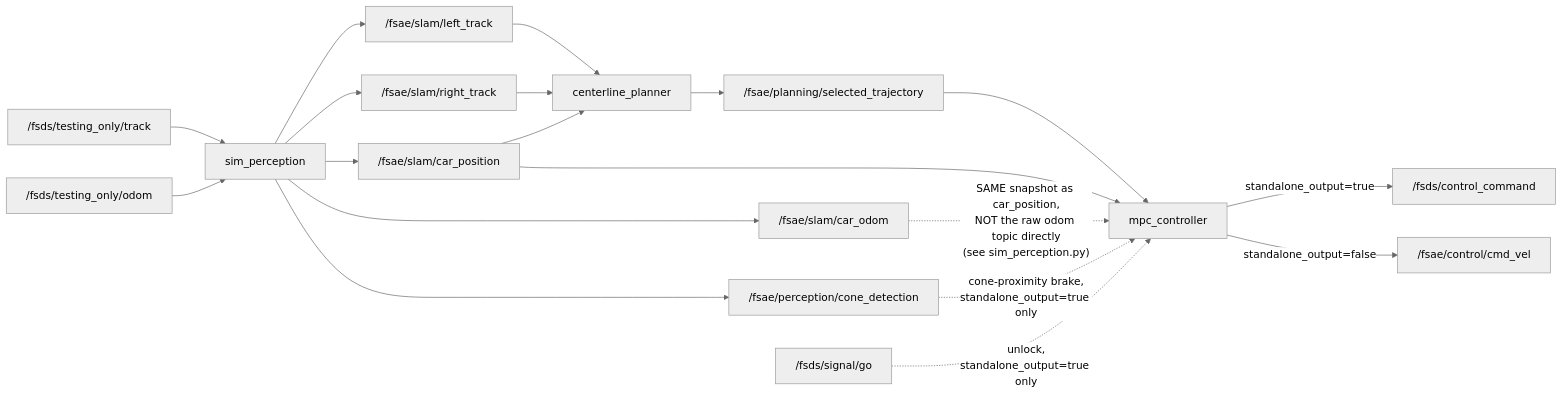
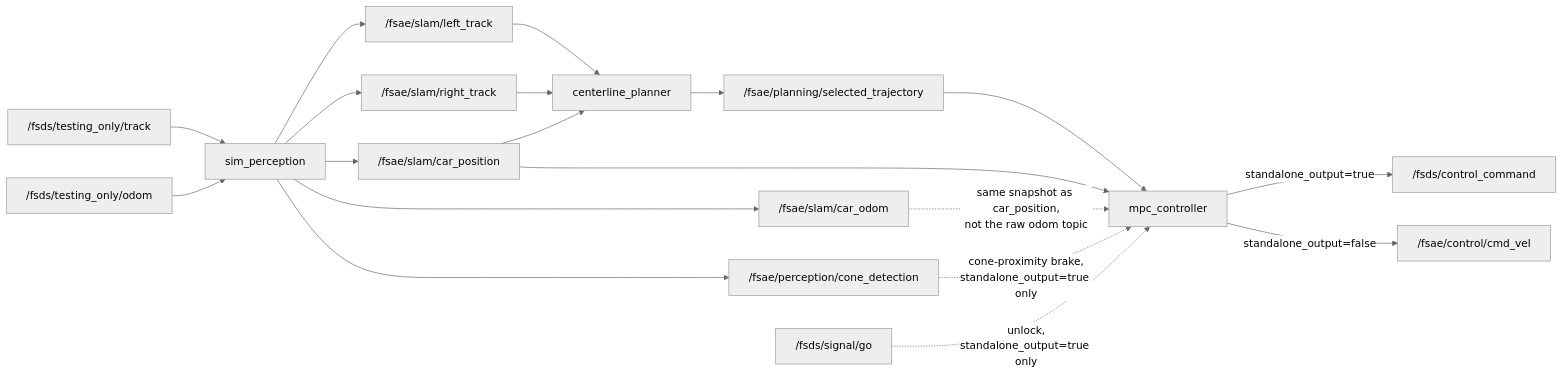
Before and after one commit to Martin-Jin/fsae_MPCTest: the diagram in docs/fsds/integration_guide.md, drawn with Mermaid (neutral theme). The commit also changed other lines of this file and 30 other files, not shown here.

````diff
--- a/docs/fsds/integration_guide.md
+++ b/docs/fsds/integration_guide.md
@@ -50,24 +53,24 @@
 ```mermaid
 flowchart LR
     T1["/fsds/testing_only/track"] --> PERC["sim_perception"]
     O1["/fsds/testing_only/odom"] --> PERC
     PERC --> LT["/fsae/slam/left_track"]
     PERC --> RT["/fsae/slam/right_track"]
     PERC --> CD["/fsae/perception/cone_detection"]
     PERC --> CO["/fsae/slam/car_odom"]
     PERC --> CP["/fsae/slam/car_position"]
 
     LT --> PLAN["centerline_planner"]
     RT --> PLAN
     CP --> PLAN
     PLAN --> TRAJ["/fsae/planning/selected_trajectory"]
 
     TRAJ --> MPC["mpc_controller"]
     CP --> MPC
-    CO -.->|"SAME snapshot as car_position,<br/>NOT the raw odom topic directly<br/>(see sim_perception.py)"| MPC
+    CO -.->|"same snapshot as car_position,<br/>not the raw odom topic"| MPC
     CD -.->|"cone-proximity brake,<br/>standalone_output=true only"| MPC
     GO["/fsds/signal/go"] -.->|"unlock,<br/>standalone_output=true only"| MPC
 
     MPC -->|"standalone_output=true"| CC["/fsds/control_command"]
     MPC -->|"standalone_output=false"| CV["/fsae/control/cmd_vel"]
 ```
````
